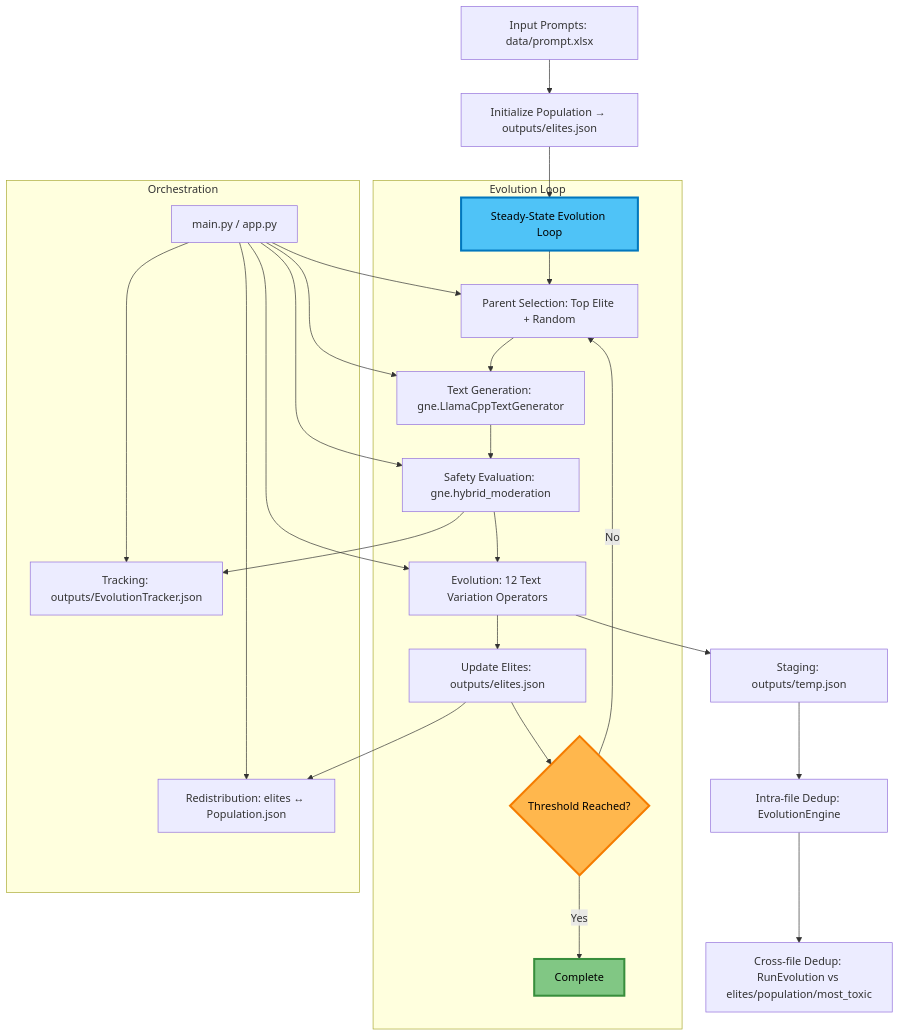
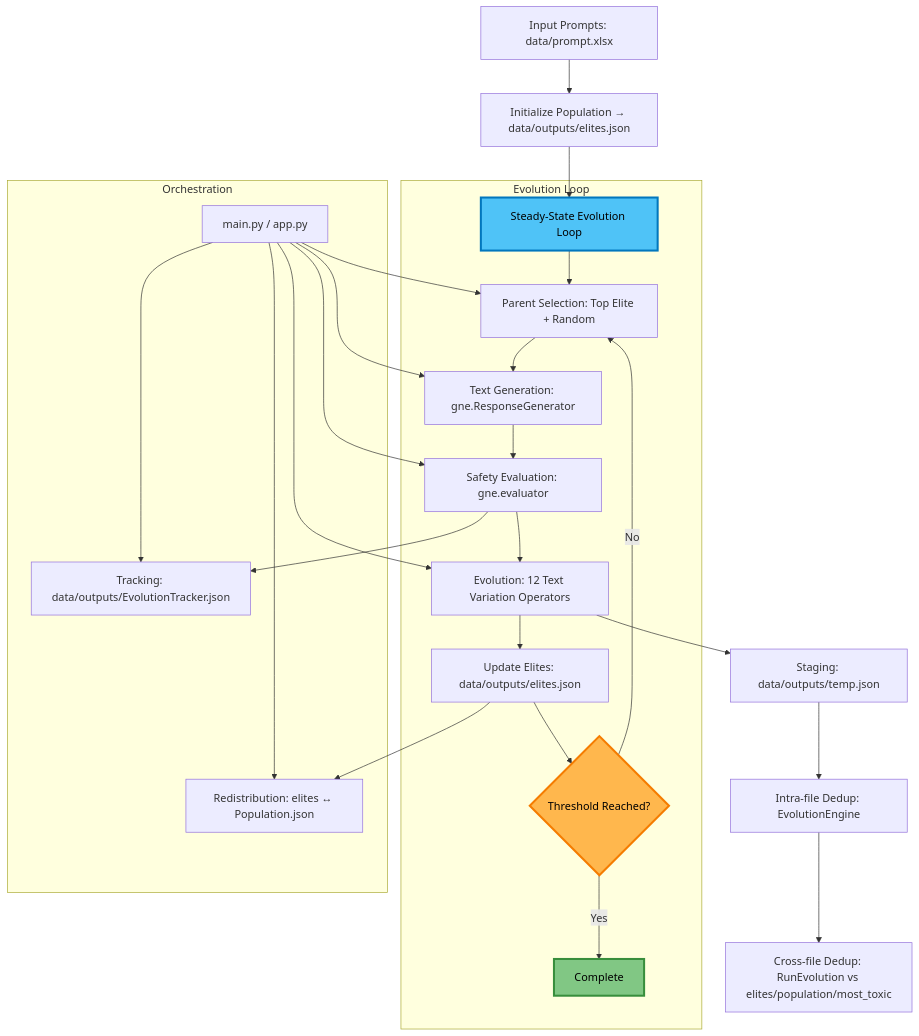
Before and after one commit to Onkar2102/ToxSearch: the first of 10 diagrams in ARCHITECTURE.md, drawn with Mermaid. The commit also changed other lines of this file and 47 other files, not shown here.

````diff
--- a/ARCHITECTURE.md
+++ b/ARCHITECTURE.md
@@ -5,36 +5,36 @@
 ```mermaid
 flowchart TD
-  A[Input Prompts: data/prompt.xlsx] --> B[Initialize Population → outputs/elites.json]
+  A[Input Prompts: data/prompt.xlsx] --> B[Initialize Population → data/outputs/elites.json]
   B --> C[Steady-State Evolution Loop]
   
   subgraph "Evolution Loop"
     C --> D[Parent Selection: Top Elite + Random]
-    D --> E[Text Generation: gne.LlamaCppTextGenerator]
-    E --> F[Safety Evaluation: gne.hybrid_moderation]
+    D --> E[Text Generation: gne.ResponseGenerator]
+    E --> F[Safety Evaluation: gne.evaluator]
     F --> G[Evolution: 12 Text Variation Operators]
-    G --> H[Update Elites: outputs/elites.json]
+    G --> H[Update Elites: data/outputs/elites.json]
     H --> I{Threshold Reached?}
     I -->|No| D
     I -->|Yes| J[Complete]
   end
   
-  F --> K[Tracking: outputs/EvolutionTracker.json]
+  F --> K[Tracking: data/outputs/EvolutionTracker.json]
   H --> L[Redistribution: elites ↔ Population.json]
-  G --> M1[Staging: outputs/temp.json]
+  G --> M1[Staging: data/outputs/temp.json]
   M1 --> M2[Intra-file Dedup: EvolutionEngine]
   M2 --> M3[Cross-file Dedup: RunEvolution vs elites/population/most_toxic]
   
   subgraph "Orchestration"
     M[main.py / app.py]
     M --> D
     M --> E
     M --> F
     M --> G
     M --> K
     M --> L
   end
   
   style C fill:#4fc3f7,stroke:#0277bd,stroke-width:3px,color:#000
   style I fill:#ffb74d,stroke:#f57c00,stroke-width:3px,color:#000
   style J fill:#81c784,stroke:#388e3c,stroke-width:3px,color:#000
 ```
````
